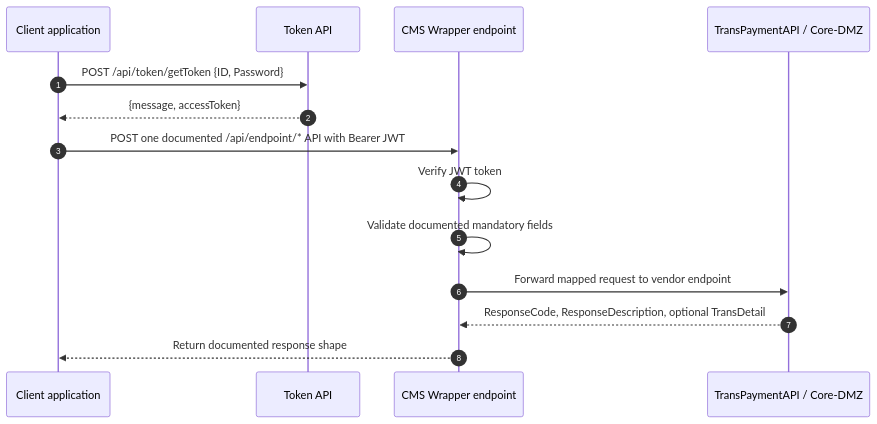
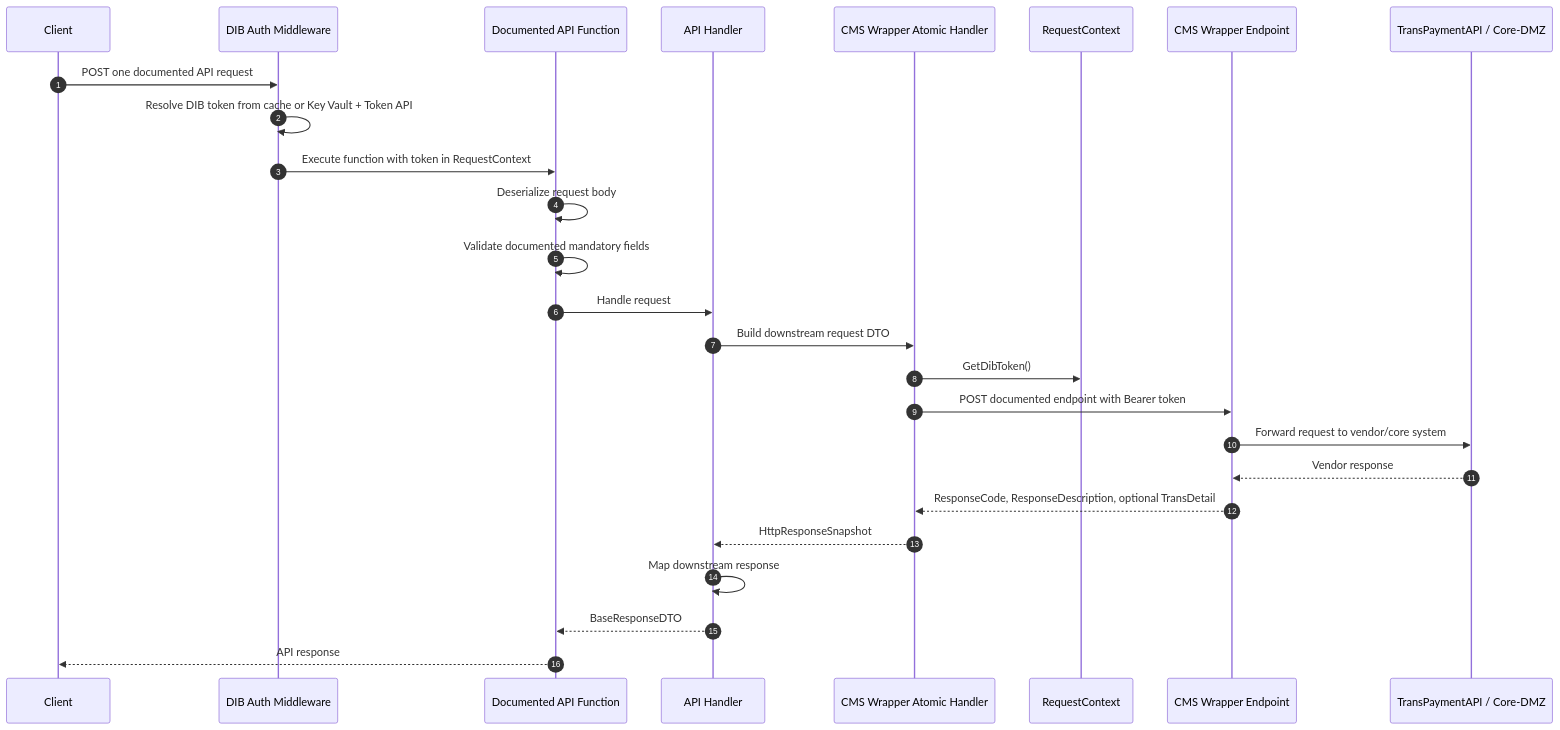
The third of 8 diagrams in CMSWrapperAPI_API_Document_Low_Level_Diagram.md (FarrukhSaleem/Documents), drawn with Mermaid before and after one commit. The commit also changed other lines of this file, not shown here.

````diff
--- a/CMSWrapperAPI_API_Document_Low_Level_Diagram.md
+++ b/CMSWrapperAPI_API_Document_Low_Level_Diagram.md
@@ -94,18 +112,29 @@
 ```mermaid
 sequenceDiagram
     autonumber
-    participant C as Client application
-    participant T as Token API
-    participant W as CMS Wrapper endpoint
+    participant C as Client
+    participant M as DIB Auth Middleware
+    participant F as Documented API Function
+    participant H as API Handler
+    participant A as CMS Wrapper Atomic Handler
+    participant RC as RequestContext
+    participant CMS as CMS Wrapper Endpoint
     participant V as TransPaymentAPI / Core-DMZ
 
-    C->>T: POST /api/token/getToken {ID, Password}
-    T-->>C: {message, accessToken}
-
-    C->>W: POST one documented /api/endpoint/* API with Bearer JWT
-    W->>W: Verify JWT token
-    W->>W: Validate documented mandatory fields
-    W->>V: Forward mapped request to vendor endpoint
-    V-->>W: ResponseCode, ResponseDescription, optional TransDetail
-    W-->>C: Return documented response shape
+    C->>M: POST one documented API request
+    M->>M: Resolve DIB token from cache or Key Vault + Token API
+    M->>F: Execute function with token in RequestContext
+    F->>F: Deserialize request body
+    F->>F: Validate documented mandatory fields
+    F->>H: Handle request
+    H->>A: Build downstream request DTO
+    A->>RC: GetDibToken()
+    A->>CMS: POST documented endpoint with Bearer token
+    CMS->>V: Forward request to vendor/core system
+    V-->>CMS: Vendor response
+    CMS-->>A: ResponseCode, ResponseDescription, optional TransDetail
+    A-->>H: HttpResponseSnapshot
+    H->>H: Map downstream response
+    H-->>F: BaseResponseDTO
+    F-->>C: API response
 ```
````
